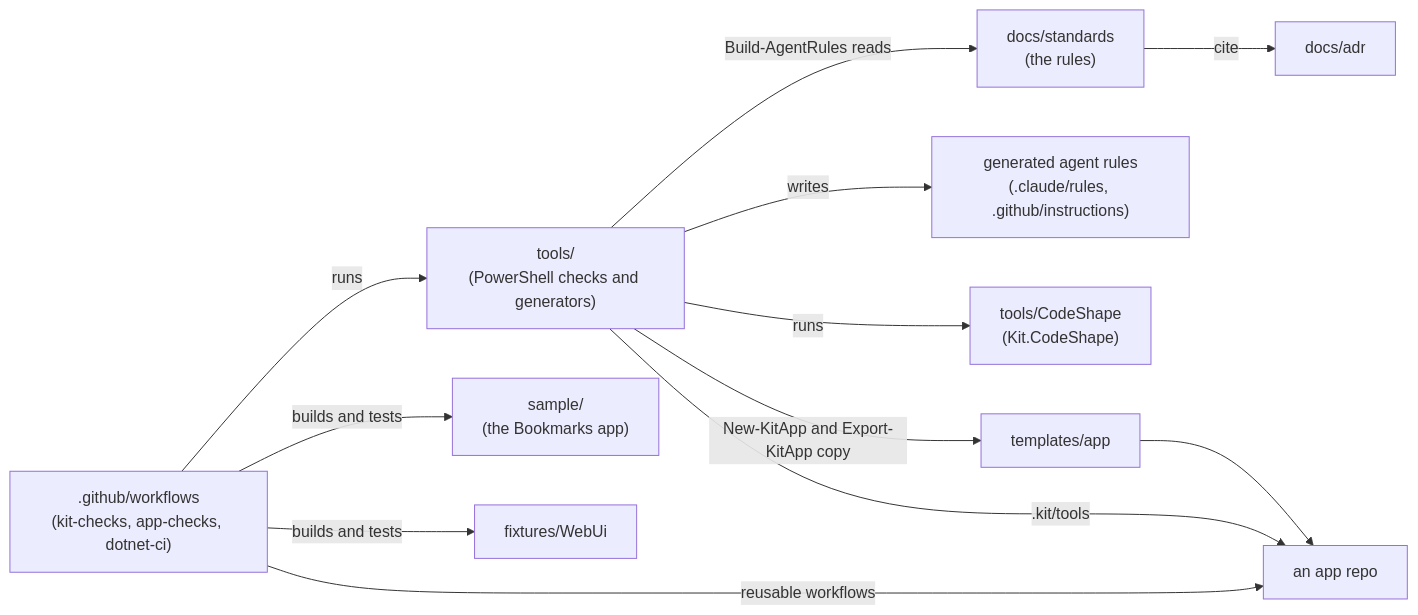
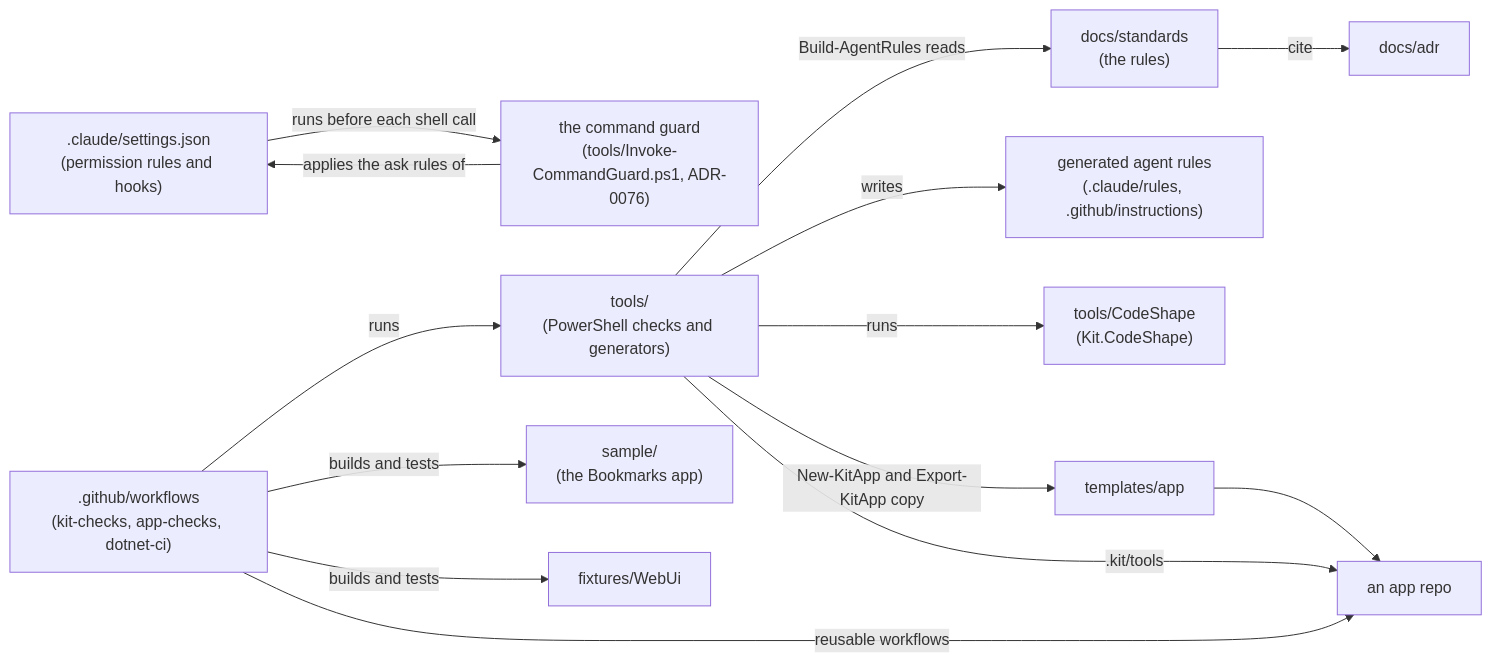
One commit to DerekFoulk/dotnet-agent-kit changed the first of 2 diagrams in docs/architecture/modules.md. Above: the diagram before and after it, drawn with Mermaid. The commit also changed 8 other files, not shown here.

Commit message:
docs: ADR-0076 records the command guard, closes GAP-044, and lists the guard among the guardrails

````diff
--- a/docs/architecture/modules.md
+++ b/docs/architecture/modules.md
@@ -7,25 +7,29 @@
 ```mermaid
 flowchart LR
     standards["docs/standards<br/>(the rules)"]
     adr["docs/adr"]
     rules["generated agent rules<br/>(.claude/rules, .github/instructions)"]
     tools["tools/<br/>(PowerShell checks and generators)"]
     codeshape["tools/CodeShape<br/>(Kit.CodeShape)"]
+    settings[".claude/settings.json<br/>(permission rules and hooks)"]
+    guard["the command guard<br/>(tools/Invoke-CommandGuard.ps1, ADR-0076)"]
     ci[".github/workflows<br/>(kit-checks, app-checks, dotnet-ci)"]
     templates["templates/app"]
     sample["sample/<br/>(the Bookmarks app)"]
     webui["fixtures/WebUi"]
     apps["an app repo"]
 
     standards -->|cite| adr
     tools -->|Build-AgentRules reads| standards
     tools -->|writes| rules
     tools -->|runs| codeshape
+    settings -->|runs before each shell call| guard
+    guard -->|applies the ask rules of| settings
     ci -->|runs| tools
     ci -->|builds and tests| sample
     ci -->|builds and tests| webui
     tools -->|New-KitApp and Export-KitApp copy| templates
     templates --> apps
     tools -->|.kit/tools| apps
     ci -->|reusable workflows| apps
 ```
````
